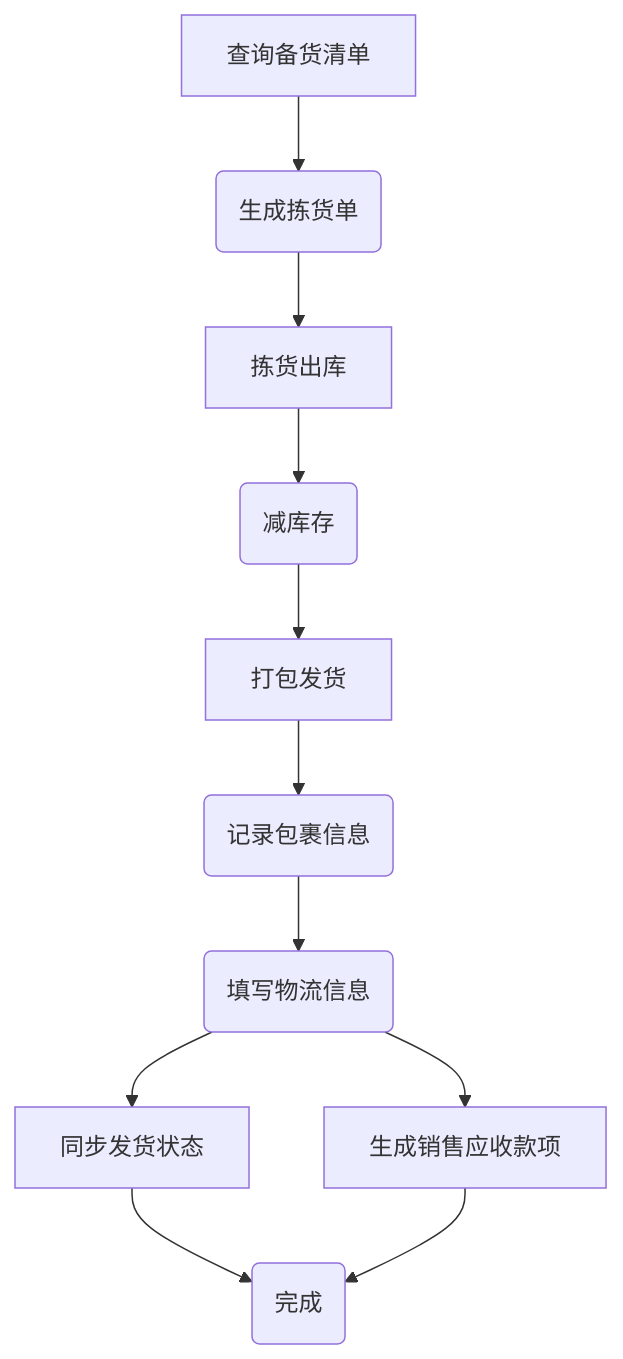
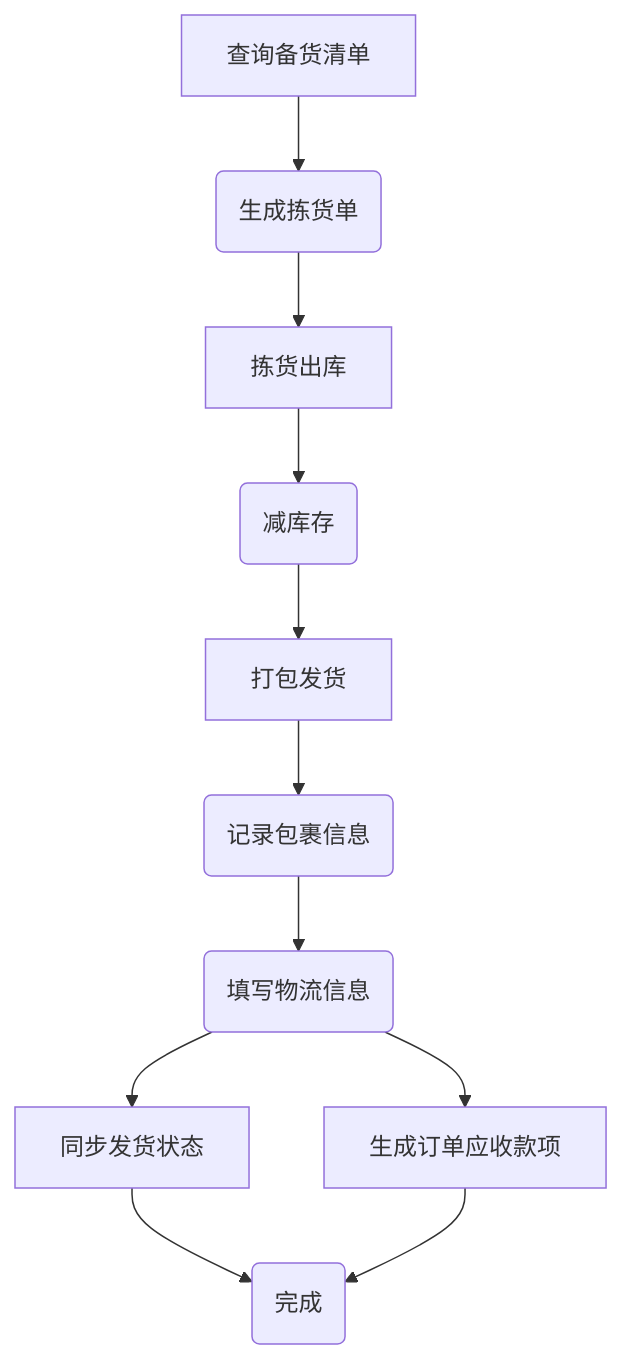
The third of 4 diagrams in README.md (zeasin/qihangerp), drawn with Mermaid before and after one commit. The commit also changed other lines of this file and 29 other files, not shown here.

````diff
--- a/README.md
+++ b/README.md
@@ -67,14 +67,14 @@
 ```mermaid
 graph TD
 A[查询备货清单] -->B(生成拣货单)
     B --> C[拣货出库]
     C --> E(减库存)
     E --> F[打包发货]
     F --> F1(记录包裹信息)
     F1 --> G(填写物流信息)
     G --> G1[同步发货状态]
     G1 --> H(完成)
-    G --> G2[生成销售应收款项]
+    G --> G2[生成订单应收款项]
     G2 --> H
 
 ```
````
